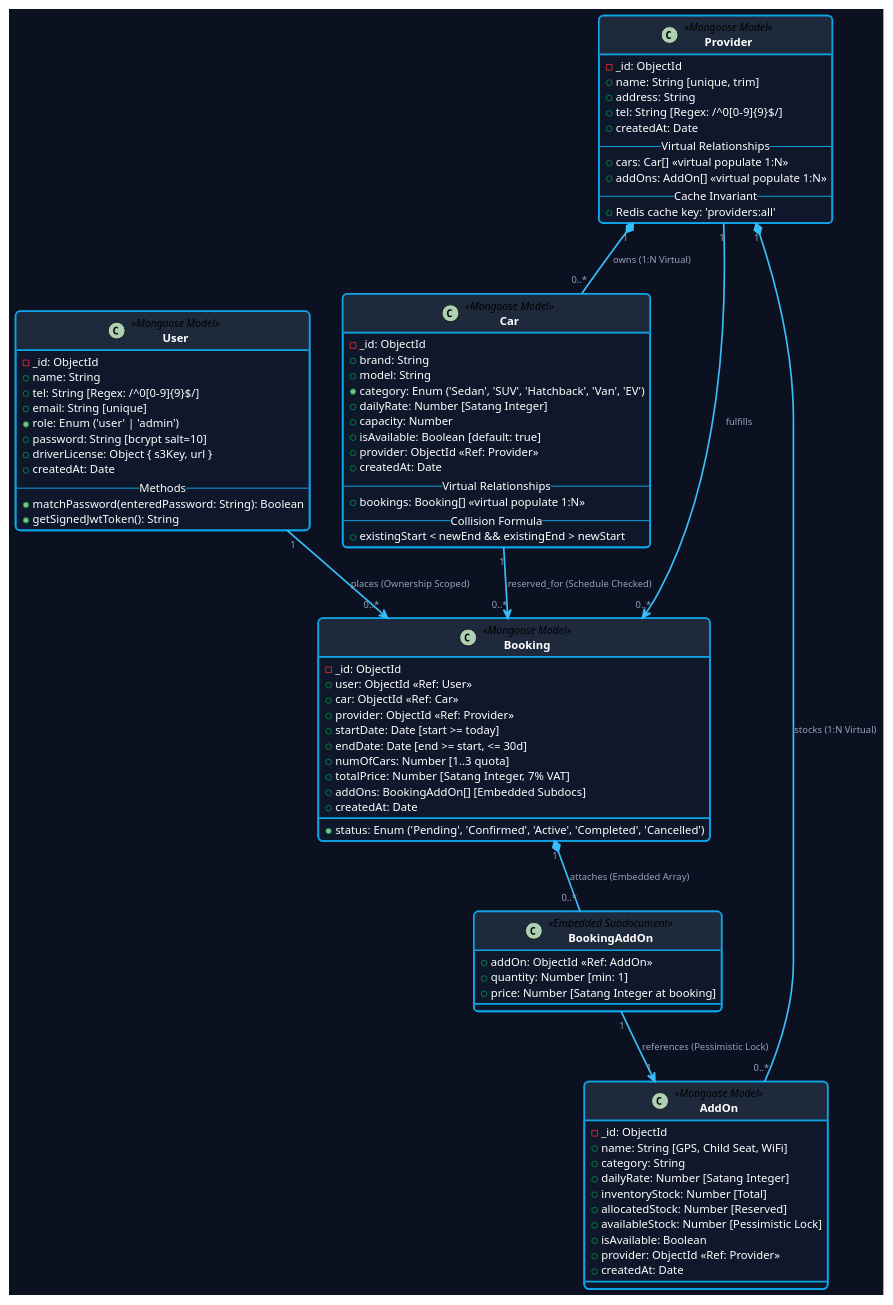
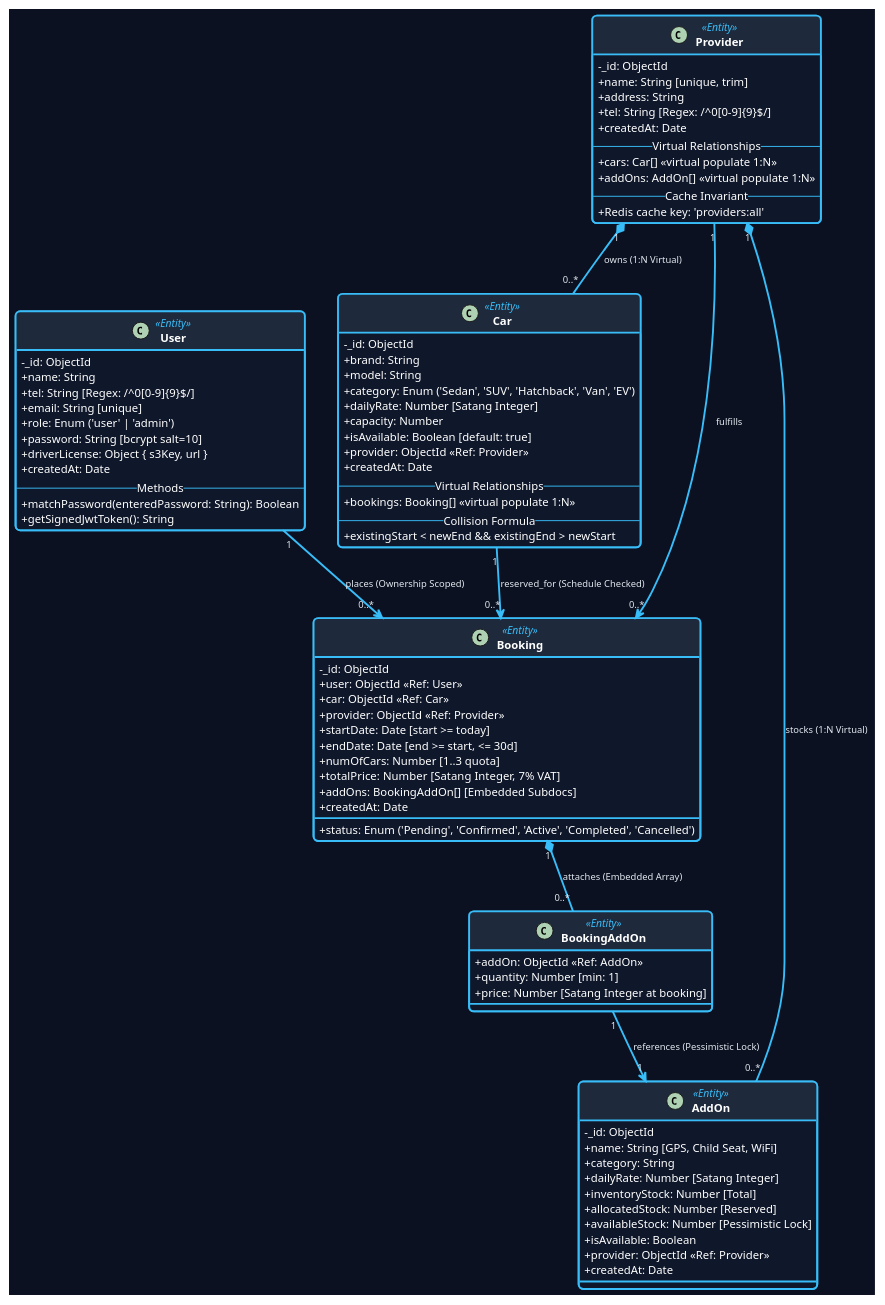
The diagram in docs/diagrams/class_diagram.puml (worawalan-s/rental-car-booking), drawn with PlantUML before and after one commit. The commit also changed 3 other files, not shown here.

Commit message:
docs(diagrams): change stereotype to Entity with high-contrast sky blue color

```diff
--- a/docs/diagrams/class_diagram.puml
+++ b/docs/diagrams/class_diagram.puml
@@ -1,115 +1,120 @@
 @startuml class_diagram
 skinparam BackgroundColor #0B1120
 skinparam roundcorner 10
 skinparam shadowing false
 skinparam defaultFontName "Helvetica, Arial, sans-serif"
 skinparam defaultFontSize 11
 
+skinparam classAttributeIconSize 0
+
 skinparam class {
     BackgroundColor #0F172A
-    BorderColor #0EA5E9
-    BorderThickness 1.8
+    BorderColor #38BDF8
+    BorderThickness 2
     HeaderBackgroundColor #1E293B
     FontColor #FFFFFF
     FontSize 14
     FontStyle bold
     AttributeFontColor #FFFFFF
     AttributeFontSize 12
+    StereotypeFontColor #38BDF8
+    StereotypeFontSize 11
+    StereotypeFontStyle italic
 }
 
 skinparam stereotypeCBackgroundColor #0284C7
 skinparam stereotypeCFontColor #FFFFFF
 
 skinparam arrow {
     Color #38BDF8
-    Thickness 1.8
-    FontColor #94A3B8
+    Thickness 2
+    FontColor #E2E8F0
     FontSize 10
 }
 
-class User <<Mongoose Model>> {
+class User <<Entity>> {
     -_id: ObjectId
     +name: String
     +tel: String [Regex: /^0[0-9]{9}$/]
     +email: String [unique]
     +role: Enum ('user' | 'admin')
     +password: String [bcrypt salt=10]
     +driverLicense: Object { s3Key, url }
     +createdAt: Date
     -- Methods --
     +matchPassword(enteredPassword: String): Boolean
     +getSignedJwtToken(): String
 }
 
-class Provider <<Mongoose Model>> {
+class Provider <<Entity>> {
     -_id: ObjectId
     +name: String [unique, trim]
     +address: String
     +tel: String [Regex: /^0[0-9]{9}$/]
     +createdAt: Date
     -- Virtual Relationships --
     +cars: Car[] <<virtual populate 1:N>>
     +addOns: AddOn[] <<virtual populate 1:N>>
     -- Cache Invariant --
     +Redis cache key: 'providers:all'
 }
 
-class Car <<Mongoose Model>> {
+class Car <<Entity>> {
     -_id: ObjectId
     +brand: String
     +model: String
     +category: Enum ('Sedan', 'SUV', 'Hatchback', 'Van', 'EV')
     +dailyRate: Number [Satang Integer]
     +capacity: Number
     +isAvailable: Boolean [default: true]
     +provider: ObjectId <<Ref: Provider>>
     +createdAt: Date
     -- Virtual Relationships --
     +bookings: Booking[] <<virtual populate 1:N>>
     -- Collision Formula --
     +existingStart < newEnd && existingEnd > newStart
 }
 
-class Booking <<Mongoose Model>> {
+class Booking <<Entity>> {
     -_id: ObjectId
     +user: ObjectId <<Ref: User>>
     +car: ObjectId <<Ref: Car>>
     +provider: ObjectId <<Ref: Provider>>
     +startDate: Date [start >= today]
     +endDate: Date [end >= start, <= 30d]
     +numOfCars: Number [1..3 quota]
     +status: Enum ('Pending', 'Confirmed', 'Active', 'Completed', 'Cancelled')
     +totalPrice: Number [Satang Integer, 7% VAT]
     +addOns: BookingAddOn[] [Embedded Subdocs]
     +createdAt: Date
 }
 
-class AddOn <<Mongoose Model>> {
+class AddOn <<Entity>> {
     -_id: ObjectId
     +name: String [GPS, Child Seat, WiFi]
     +category: String
     +dailyRate: Number [Satang Integer]
     +inventoryStock: Number [Total]
     +allocatedStock: Number [Reserved]
     +availableStock: Number [Pessimistic Lock]
     +isAvailable: Boolean
     +provider: ObjectId <<Ref: Provider>>
     +createdAt: Date
 }
 
-class BookingAddOn <<Embedded Subdocument>> {
+class BookingAddOn <<Entity>> {
     +addOn: ObjectId <<Ref: AddOn>>
     +quantity: Number [min: 1]
     +price: Number [Satang Integer at booking]
 }
 
 ' Entity Relationships
 Provider "1" *-- "0..*" Car : owns (1:N Virtual)
 Provider "1" *-- "0..*" AddOn : stocks (1:N Virtual)
 User "1" --> "0..*" Booking : places (Ownership Scoped)
 Car "1" --> "0..*" Booking : reserved_for (Schedule Checked)
 Provider "1" --> "0..*" Booking : fulfills
 Booking "1" *-- "0..*" BookingAddOn : attaches (Embedded Array)
 BookingAddOn "1" --> "1" AddOn : references (Pessimistic Lock)
 
 @enduml
```
